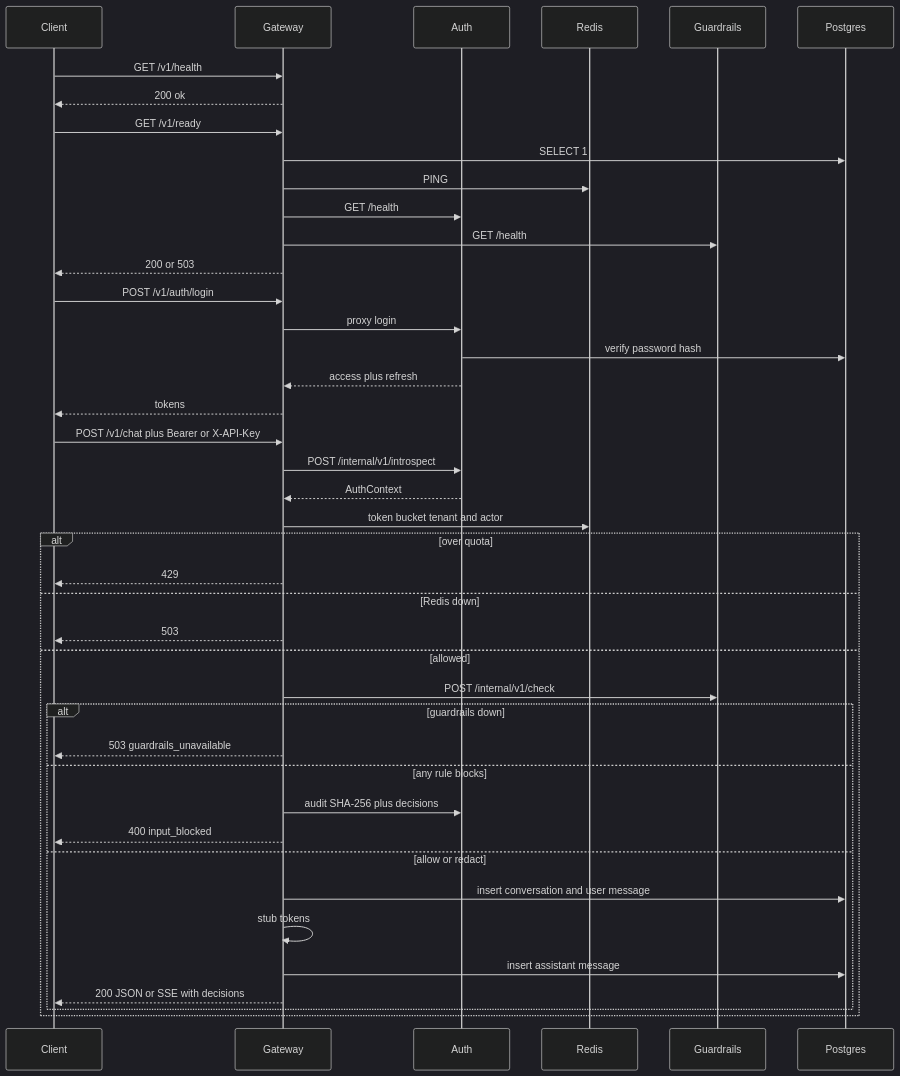
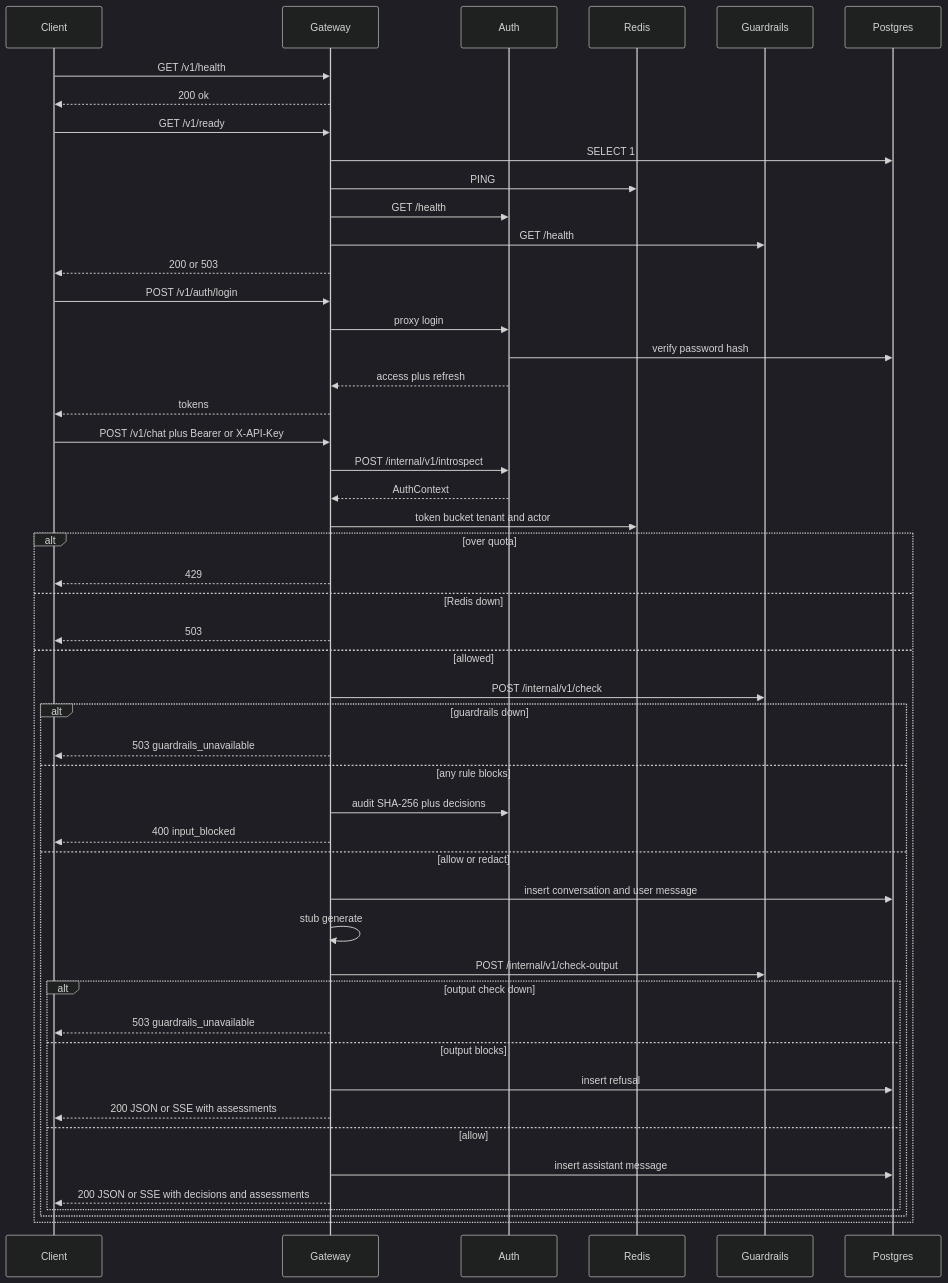
Before and after one commit to Maruthi-srinivas/AIGATEWAY: the first of 2 diagrams in docs/diagrams/request-path.md, drawn with Mermaid (dark theme). The commit also changed other lines of this file and 28 other files, not shown here.

First line of the commit message:
Enhance guardrails with TypeSafe Jev integration and output checks

````diff
--- a/docs/diagrams/request-path.md
+++ b/docs/diagrams/request-path.md
@@ -7,44 +7,52 @@
 ```mermaid
 sequenceDiagram
     participant Client
     participant Gateway
     participant Auth
     participant Redis
     participant Guardrails
     participant Postgres
     Client->>Gateway: GET /v1/health
     Gateway-->>Client: 200 ok
     Client->>Gateway: GET /v1/ready
     Gateway->>Postgres: SELECT 1
     Gateway->>Redis: PING
     Gateway->>Auth: GET /health
     Gateway->>Guardrails: GET /health
     Gateway-->>Client: 200 or 503
     Client->>Gateway: POST /v1/auth/login
     Gateway->>Auth: proxy login
     Auth->>Postgres: verify password hash
     Auth-->>Gateway: access plus refresh
     Gateway-->>Client: tokens
     Client->>Gateway: POST /v1/chat plus Bearer or X-API-Key
     Gateway->>Auth: POST /internal/v1/introspect
     Auth-->>Gateway: AuthContext
     Gateway->>Redis: token bucket tenant and actor
     alt over quota
         Gateway-->>Client: 429
     else Redis down
         Gateway-->>Client: 503
     else allowed
         Gateway->>Guardrails: POST /internal/v1/check
         alt guardrails down
             Gateway-->>Client: 503 guardrails_unavailable
         else any rule blocks
             Gateway->>Auth: audit SHA-256 plus decisions
             Gateway-->>Client: 400 input_blocked
         else allow or redact
             Gateway->>Postgres: insert conversation and user message
-            Gateway->>Gateway: stub tokens
-            Gateway->>Postgres: insert assistant message
-            Gateway-->>Client: 200 JSON or SSE with decisions
+            Gateway->>Gateway: stub generate
+            Gateway->>Guardrails: POST /internal/v1/check-output
+            alt output check down
+                Gateway-->>Client: 503 guardrails_unavailable
+            else output blocks
+                Gateway->>Postgres: insert refusal
+                Gateway-->>Client: 200 JSON or SSE with assessments
+            else allow
+                Gateway->>Postgres: insert assistant message
+                Gateway-->>Client: 200 JSON or SSE with decisions and assessments
+            end
         end
     end
 ```
````
